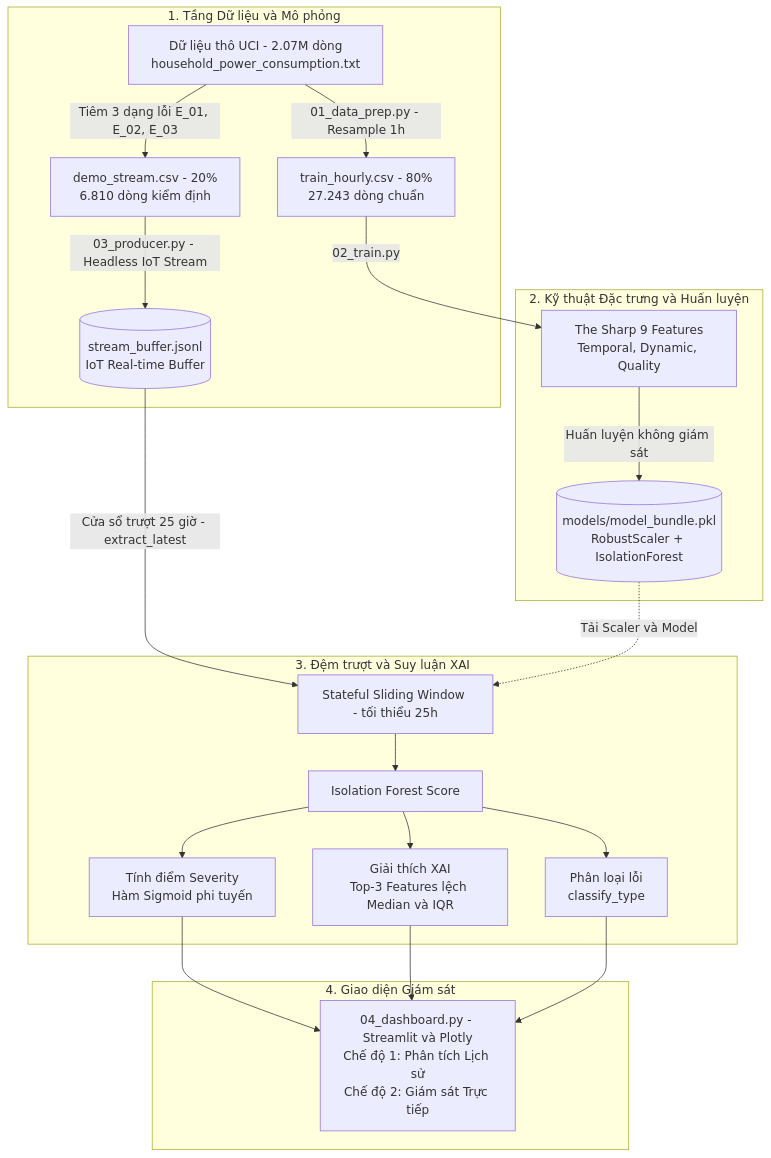
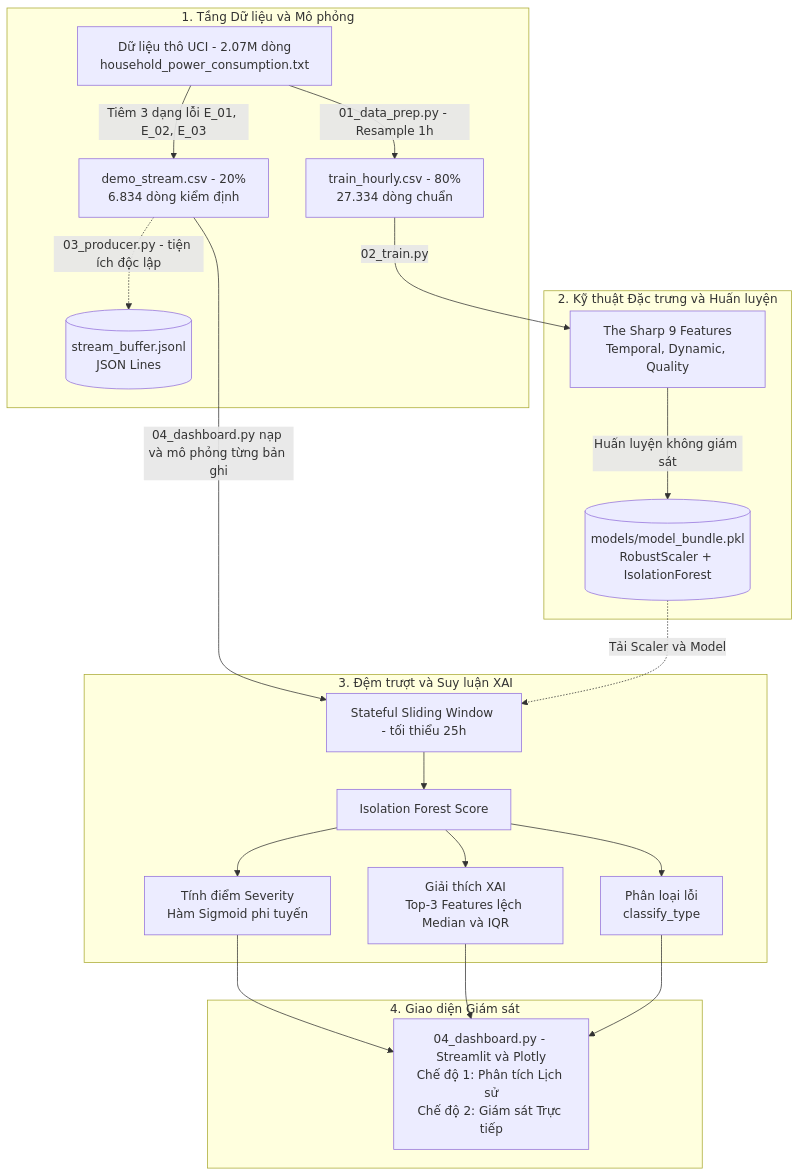
Before and after one commit to nhnam413/Smart-meter-anomaly: the diagram in README.md, drawn with Mermaid. The commit also changed other lines of this file and 40 other files, not shown here.

````diff
--- a/README.md
+++ b/README.md
@@ -31,28 +31,28 @@
 ```mermaid
 flowchart TD
     subgraph Data_Layer ["1. Tầng Dữ liệu và Mô phỏng"]
-        A["Dữ liệu thô UCI - 2.07M dòng<br/>household_power_consumption.txt"] -->|01_data_prep.py - Resample 1h| B["train_hourly.csv - 80%<br/>27.243 dòng chuẩn"]
-        A -->|Tiêm 3 dạng lỗi E_01, E_02, E_03| C["demo_stream.csv - 20%<br/>6.810 dòng kiểm định"]
-        C -->|03_producer.py - Headless IoT Stream| D[("stream_buffer.jsonl<br/>IoT Real-time Buffer")]
+        A["Dữ liệu thô UCI - 2.07M dòng<br/>household_power_consumption.txt"] -->|01_data_prep.py - Resample 1h| B["train_hourly.csv - 80%<br/>27.334 dòng chuẩn"]
+        A -->|Tiêm 3 dạng lỗi E_01, E_02, E_03| C["demo_stream.csv - 20%<br/>6.834 dòng kiểm định"]
+        C -.->|03_producer.py - tiện ích độc lập| D[("stream_buffer.jsonl<br/>JSON Lines")]
     end
 
     subgraph Feature_ML_Layer ["2. Kỹ thuật Đặc trưng và Huấn luyện"]
         B -->|02_train.py| E["The Sharp 9 Features<br/>Temporal, Dynamic, Quality"]
         E -->|Huấn luyện không giám sát| F[("models/model_bundle.pkl<br/>RobustScaler + IsolationForest")]
     end
 
     subgraph Realtime_Inference ["3. Đệm trượt và Suy luận XAI"]
-        D -->|Cửa sổ trượt 25 giờ - extract_latest| G["Stateful Sliding Window - tối thiểu 25h"]
+        C -->|04_dashboard.py nạp và mô phỏng từng bản ghi| G["Stateful Sliding Window - tối thiểu 25h"]
         F -.->|Tải Scaler và Model| G
         G --> H["Isolation Forest Score"]
         H --> I["Tính điểm Severity<br/>Hàm Sigmoid phi tuyến"]
         H --> J["Giải thích XAI<br/>Top-3 Features lệch Median và IQR"]
         H --> K["Phân loại lỗi<br/>classify_type"]
     end
 
     subgraph Presentation_Layer ["4. Giao diện Giám sát"]
         I --> L["04_dashboard.py - Streamlit và Plotly<br/>Chế độ 1: Phân tích Lịch sử<br/>Chế độ 2: Giám sát Trực tiếp"]
         J --> L
         K --> L
     end
 ```
````
